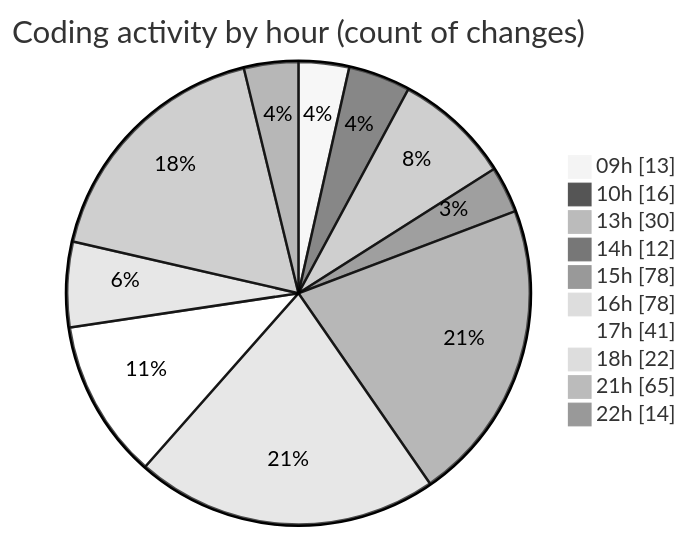
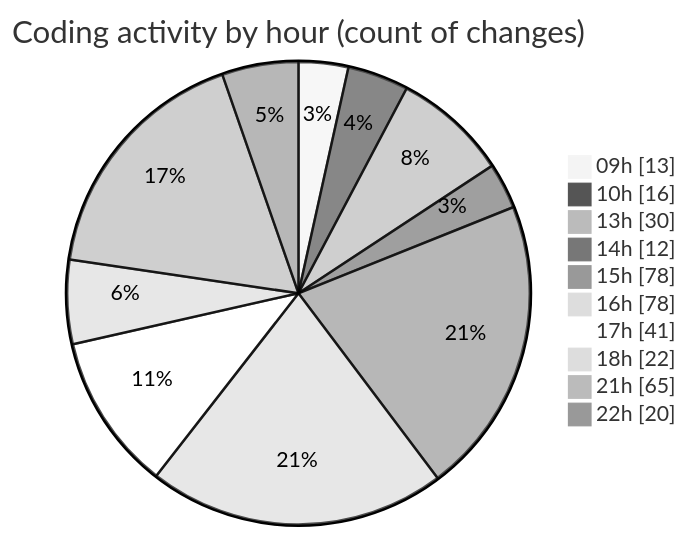
One commit to momahboobian/code-tracking changed the second of 2 diagrams in 2025-03-31/cda/README.md. Above: the diagram before and after it, drawn with Mermaid (neutral theme). The commit also changed other lines of this file and 1 other file, not shown here.

````diff
--- a/2025-03-31/cda/README.md
+++ b/2025-03-31/cda/README.md
@@ -50,14 +50,14 @@
 ```mermaid
 pie showData
 title Coding activity by hour (count of changes)
 "09h" : 13
 "10h" : 16
 "13h" : 30
 "14h" : 12
 "15h" : 78
 "16h" : 78
 "17h" : 41
 "18h" : 22
 "21h" : 65
-"22h" : 14
+"22h" : 20
 ```
````
